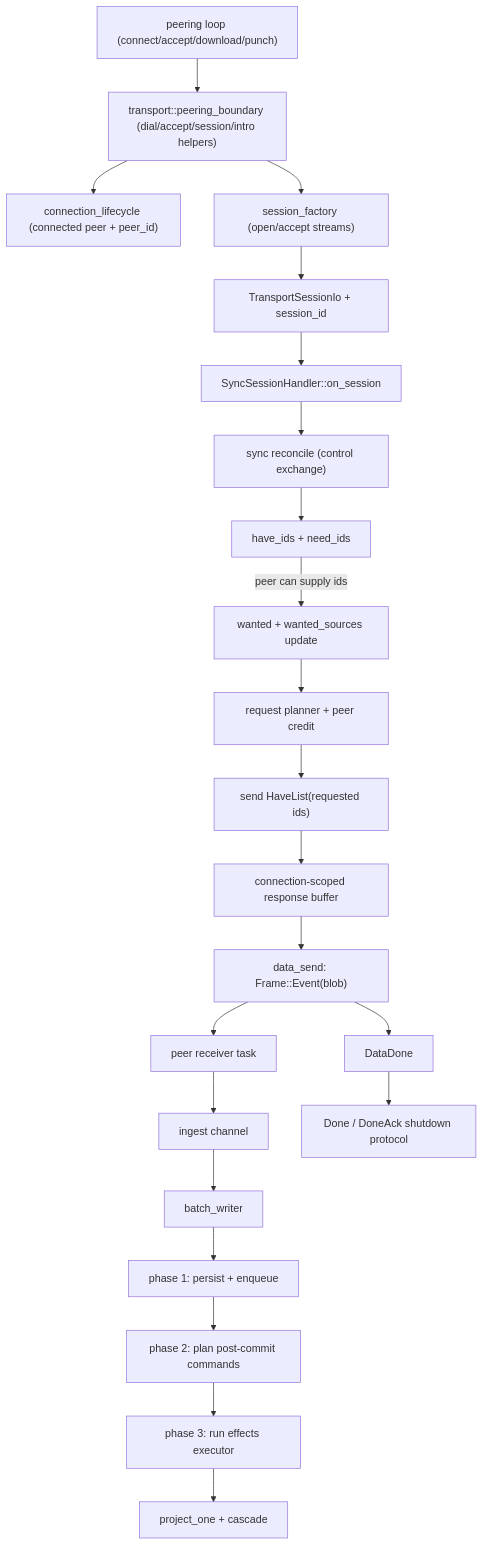
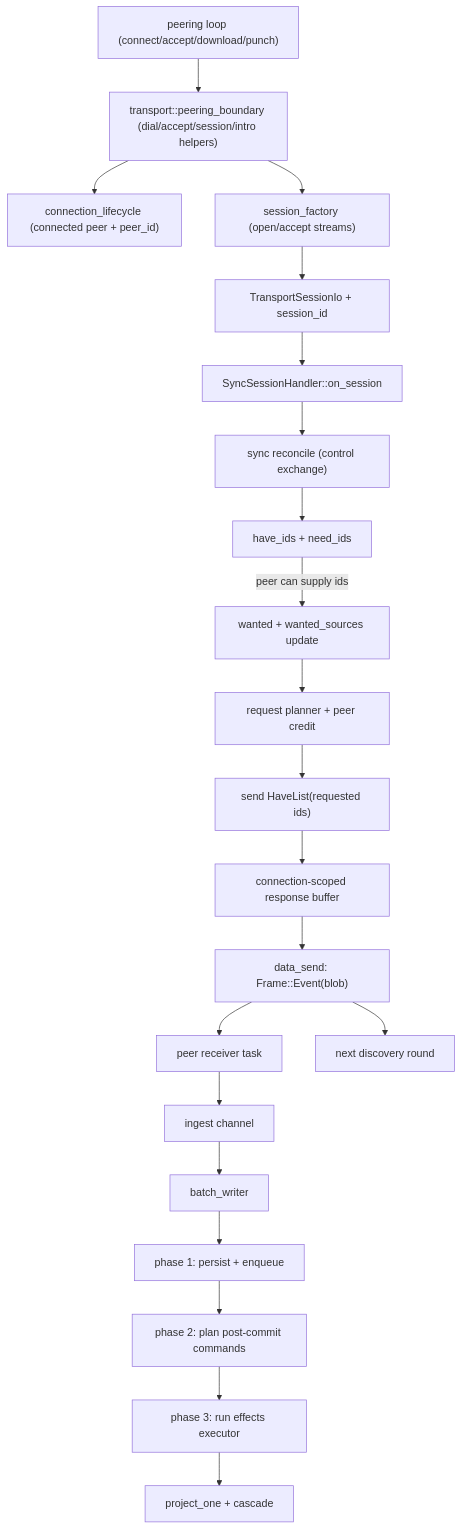
The third of 8 diagrams in docs/DESIGN_DIAGRAMS.md (holmesworcester/topo), drawn with Mermaid before and after one commit. The commit also changed other lines of this file and 30 other files, not shown here.

````diff
--- a/docs/DESIGN_DIAGRAMS.md
+++ b/docs/DESIGN_DIAGRAMS.md
@@ -66,28 +66,27 @@
 ```mermaid
 flowchart TD
     PEER["peering loop (connect/accept/download/punch)"] --> BOUND["transport::peering_boundary (dial/accept/session/intro helpers)"]
     BOUND --> LIFE["connection_lifecycle (connected peer + peer_id)"]
     BOUND --> FACT["session_factory (open/accept streams)"]
     FACT --> IO["TransportSessionIo + session_id"]
     IO --> HANDLER["SyncSessionHandler::on_session"]
 
     HANDLER --> SYNC_RECON["sync reconcile (control exchange)"]
     SYNC_RECON --> IDS["have_ids + need_ids"]
 
     IDS -->|peer can supply ids| WANT["wanted + wanted_sources update"]
     WANT --> PLAN["request planner + peer credit"]
     PLAN --> REQ["send HaveList(requested ids)"]
     REQ --> RESPQ["connection-scoped response buffer"]
     RESPQ --> OUT["data_send: Frame::Event(blob)"]
     OUT --> RX["peer receiver task"]
     RX --> IN["ingest channel"]
 
     IN --> WRITER["batch_writer"]
     WRITER --> P1["phase 1: persist + enqueue"]
     P1 --> P2["phase 2: plan post-commit commands"]
     P2 --> P3["phase 3: run effects executor"]
     P3 --> PROJ["project_one + cascade"]
 
-    OUT --> DD["DataDone"]
-    DD --> SHUT["Done / DoneAck shutdown protocol"]
+    OUT --> NEXT["next discovery round"]
 ```
````
